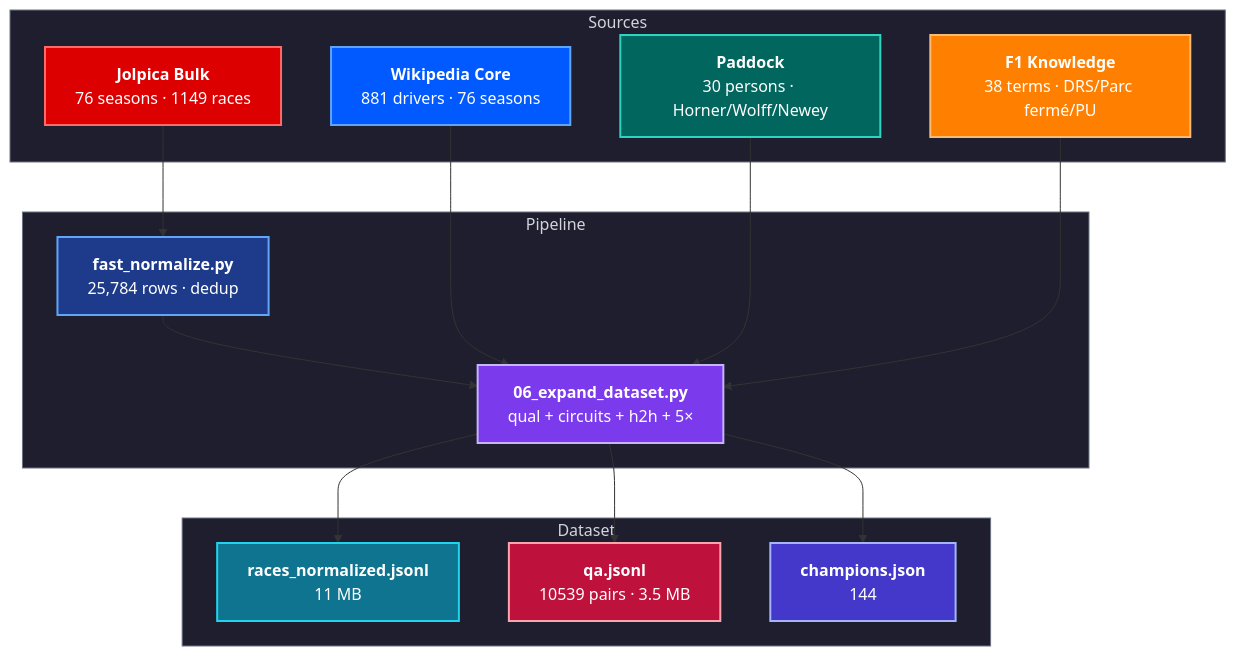
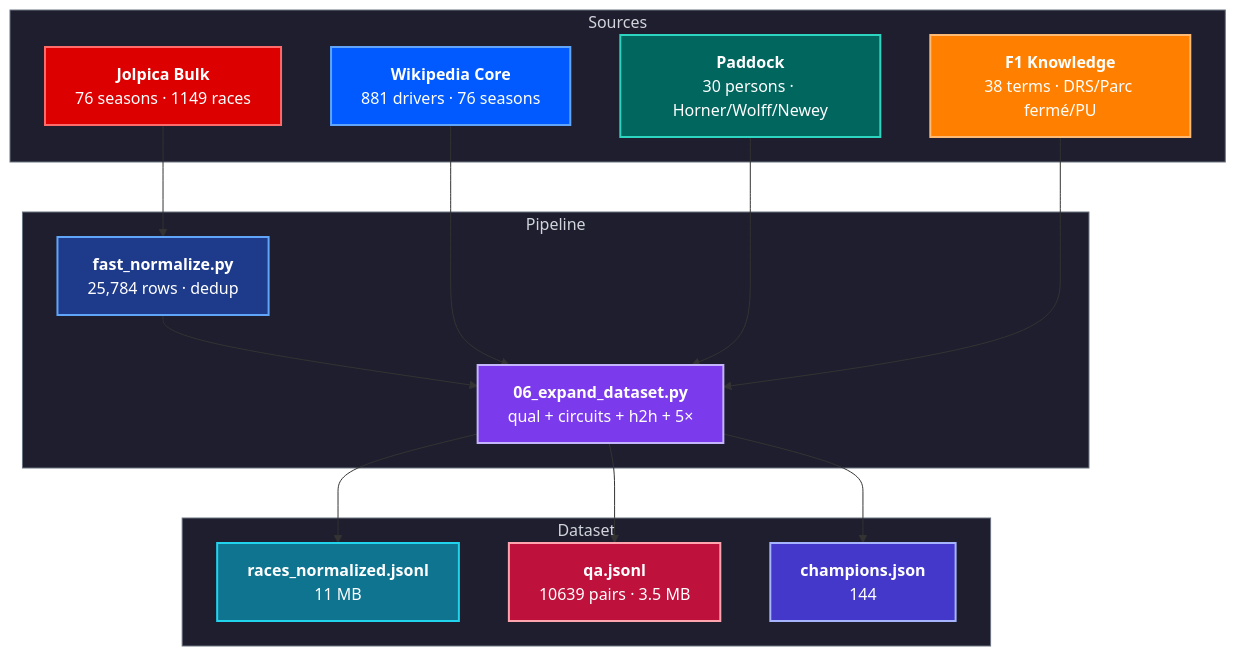
Before and after one commit to VineshF1/F1-Dataset: the diagram in README.md, drawn with Mermaid. The commit also changed other lines of this file and 4 other files, not shown here.

````diff
--- a/README.md
+++ b/README.md
@@ -24,43 +24,43 @@
 ```mermaid
 flowchart TB
     subgraph SOURCES["Sources"]
         A["<b>Jolpica Bulk</b><br/>76 seasons · 1149 races"]
         B["<b>Wikipedia Core</b><br/>881 drivers · 76 seasons"]
         C["<b>Paddock</b><br/>30 persons · Horner/Wolff/Newey"]
         D["<b>F1 Knowledge</b><br/>38 terms · DRS/Parc fermé/PU"]
     end
 
     subgraph PIPELINE["Pipeline"]
         E["<b>fast_normalize.py</b><br/>25,784 rows · dedup"]
         F["<b>06_expand_dataset.py</b><br/>qual + circuits + h2h + 5×"]
     end
 
     subgraph OUTPUT["Dataset"]
         G["<b>races_normalized.jsonl</b><br/>11 MB"]
-        H["<b>qa.jsonl</b><br/>10539 pairs · 3.5 MB"]
+        H["<b>qa.jsonl</b><br/>10639 pairs · 3.5 MB"]
         I["<b>champions.json</b><br/>144"]
     end
 
     A --> E
     E --> F
     B --> F
     C --> F
     D --> F
     F --> G
     F --> H
     F --> I
 
     style A fill:#DC0000,stroke:#FF6B6B,stroke-width:2px,color:#fff
     style B fill:#005AFF,stroke:#60A5FA,stroke-width:2px,color:#fff
     style C fill:#00665E,stroke:#2DD4BF,stroke-width:2px,color:#fff
     style D fill:#FF8000,stroke:#FDBA74,stroke-width:2px,color:#fff
     style E fill:#1E3A8A,stroke:#60A5FA,stroke-width:2px,color:#fff
     style F fill:#7C3AED,stroke:#C4B5FD,stroke-width:2px,color:#fff
     style G fill:#0E7490,stroke:#22D3EE,stroke-width:2px,color:#fff
     style H fill:#BE123C,stroke:#FDA4AF,stroke-width:2px,color:#fff
     style I fill:#4338CA,stroke:#A5B4FC,stroke-width:2px,color:#fff
 
     style SOURCES fill:#1e1e2e,stroke:#6b7280,stroke-width:1px,color:#d1d5db
     style PIPELINE fill:#1e1e2e,stroke:#6b7280,stroke-width:1px,color:#d1d5db
     style OUTPUT fill:#1e1e2e,stroke:#6b7280,stroke-width:1px,color:#d1d5db
 ```
````
